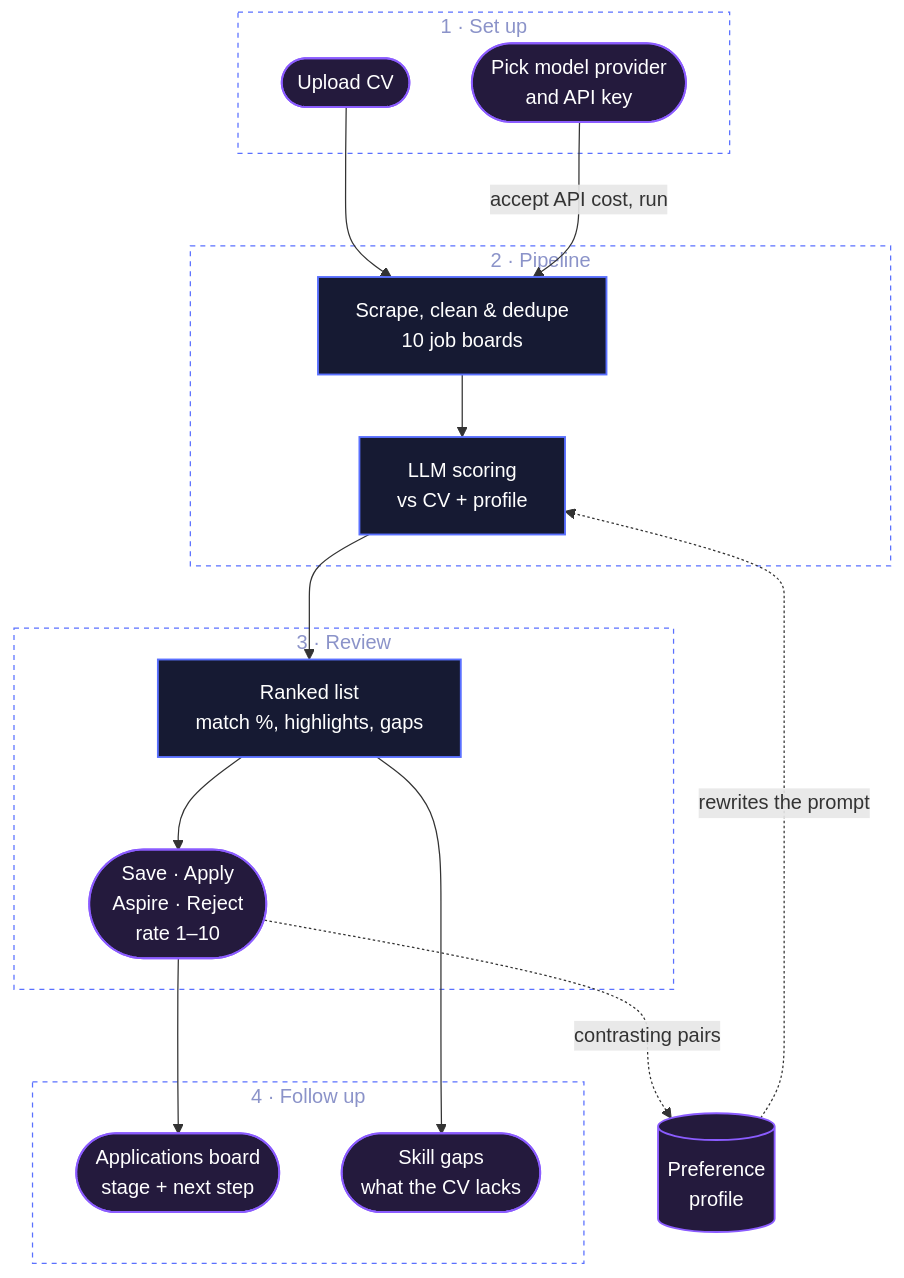
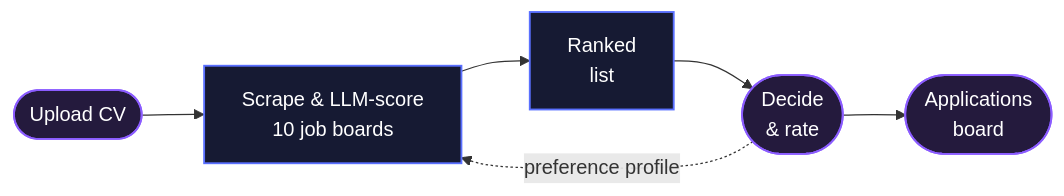
Before and after one commit to albmoss/job-finder: the diagram in README.md, drawn with Mermaid.

Commit message:
Dokumentacja: prostszy diagram przeplywu w README

````diff
--- a/README.md
+++ b/README.md
@@ -31,35 +31,13 @@
 ```mermaid
-flowchart TB
-    subgraph setup["1 · Set up"]
-        cv(["Upload CV"])
-        provider(["Pick model provider<br/>and API key"])
-    end
-
-    subgraph pipeline["2 · Pipeline"]
-        boards["Scrape, clean & dedupe<br/>10 job boards"] --> score["LLM scoring<br/>vs CV + profile"]
-    end
-
-    subgraph review["3 · Review"]
-        list["Ranked list<br/>match %, highlights, gaps"] --> decide(["Save · Apply<br/>Aspire · Reject<br/>rate 1–10"])
-    end
-
-    subgraph act["4 · Follow up"]
-        board(["Applications board<br/>stage + next step"])
-        gaps(["Skill gaps<br/>what the CV lacks"])
-    end
-
-    cv --> boards
-    provider -- "accept API cost, run" --> boards
-    score --> list
-    decide --> board
-    list --> gaps
-    decide -. "contrasting pairs" .-> profile[("Preference<br/>profile")]
-    profile -. "rewrites the prompt" .-> score
+flowchart LR
+    cv(["Upload CV"]) --> run["Scrape & LLM-score<br/>10 job boards"]
+    run --> list["Ranked<br/>list"]
+    list --> me(["Decide<br/>& rate"])
+    me --> apps(["Applications<br/>board"])
+    me -. "preference profile" .-> run
 
     classDef step fill:#161a33,stroke:#5A70FF,stroke-width:1.5px,color:#ffffff
     classDef me fill:#241a3d,stroke:#8B5CFF,stroke-width:1.5px,color:#ffffff
-    classDef stage fill:none,stroke:#5A70FF,stroke-width:1px,stroke-dasharray:4 4,color:#8b93c9
-    class boards,score,list step
-    class cv,provider,decide,board,gaps,profile me
-    class setup,pipeline,review,act stage
+    class run,list step
+    class cv,me,apps me
 ```
````
